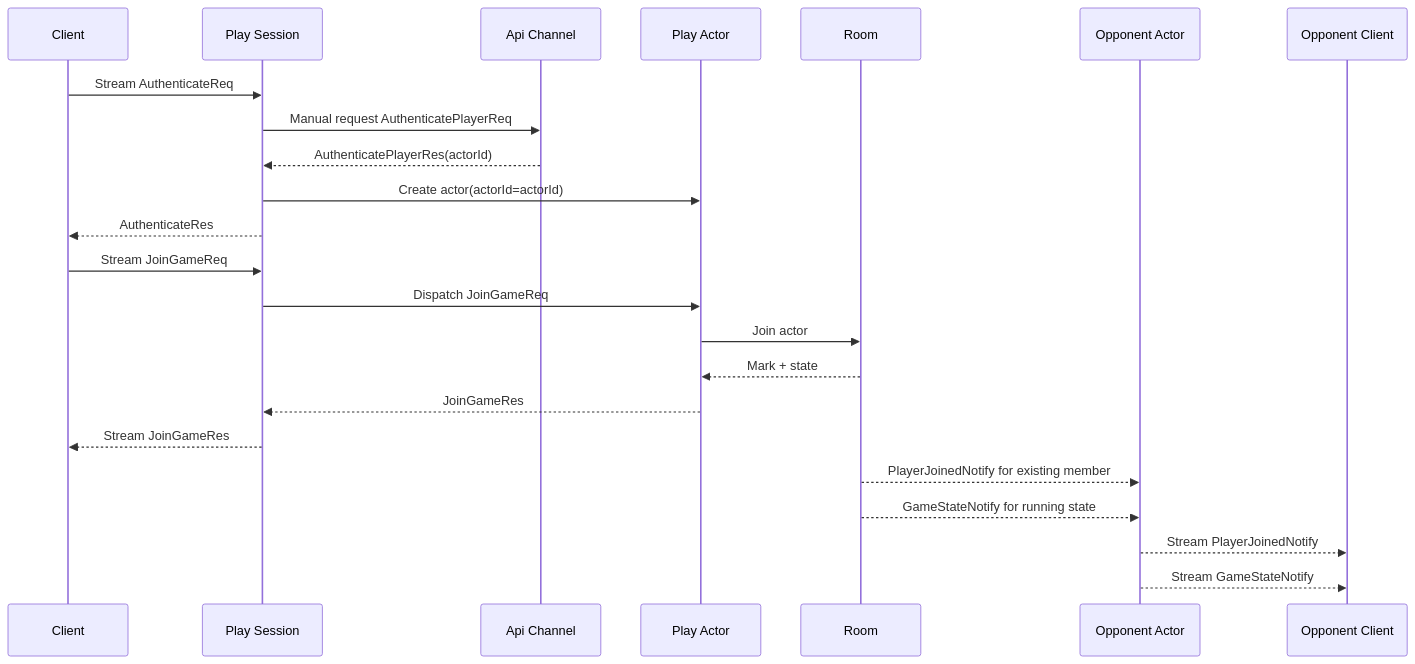
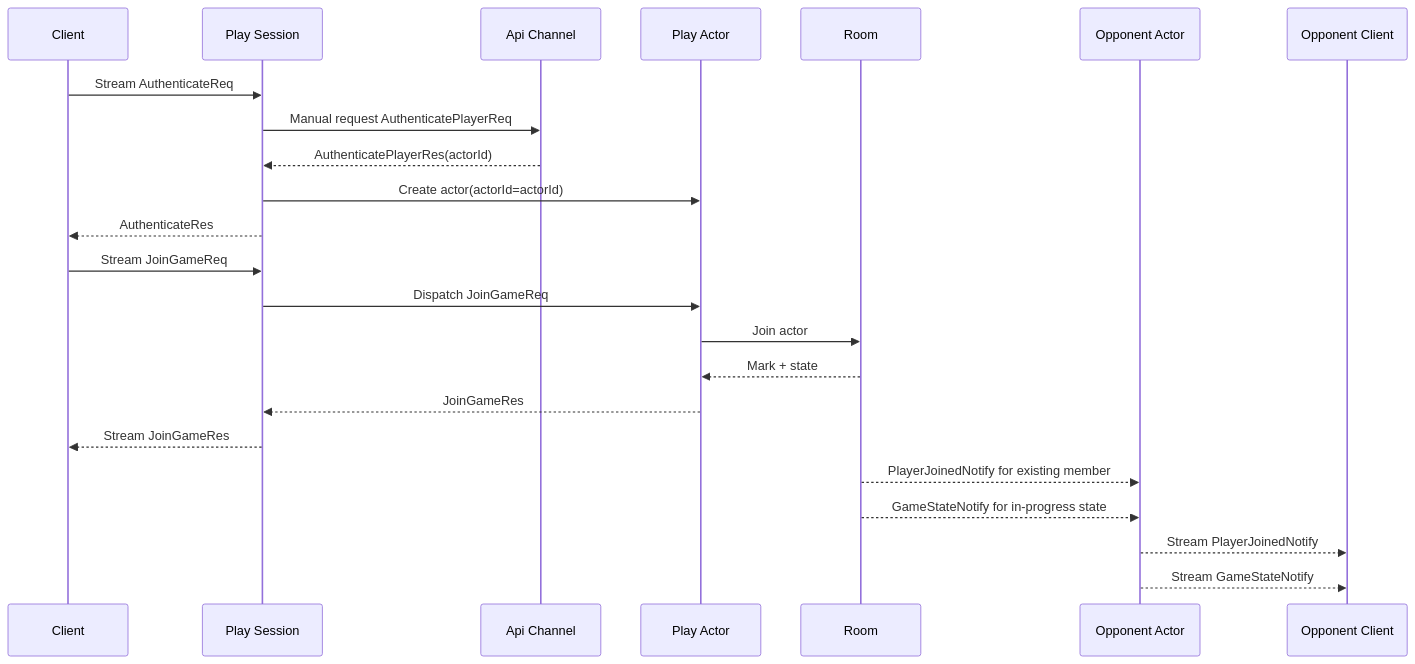
The third of 4 diagrams in framework/doc/spec/sample/tictactoe/README.ko.md (kairos-code-dev/zlink), drawn with Mermaid before and after one commit. The commit also changed other lines of this file and 83 other files, not shown here.

````diff
--- a/framework/doc/spec/sample/tictactoe/README.ko.md
+++ b/framework/doc/spec/sample/tictactoe/README.ko.md
@@ -298,26 +464,26 @@
 ```mermaid
 sequenceDiagram
     participant C as Client
     participant S as Play Session
     participant API as Api Channel
     participant ACT as Play Actor
     participant ROOM as Room
     participant OACT as Opponent Actor
     participant OC as Opponent Client
 
     C->>S: Stream AuthenticateReq
     S->>API: Manual request AuthenticatePlayerReq
     API-->>S: AuthenticatePlayerRes(actorId)
     S->>ACT: Create actor(actorId=actorId)
     S-->>C: AuthenticateRes
     C->>S: Stream JoinGameReq
     S->>ACT: Dispatch JoinGameReq
     ACT->>ROOM: Join actor
     ROOM-->>ACT: Mark + state
     ACT-->>S: JoinGameRes
     S-->>C: Stream JoinGameRes
     ROOM-->>OACT: PlayerJoinedNotify for existing member
-    ROOM-->>OACT: GameStateNotify for running state
+    ROOM-->>OACT: GameStateNotify for in-progress state
     OACT-->>OC: Stream PlayerJoinedNotify
     OACT-->>OC: Stream GameStateNotify
 ```
````
